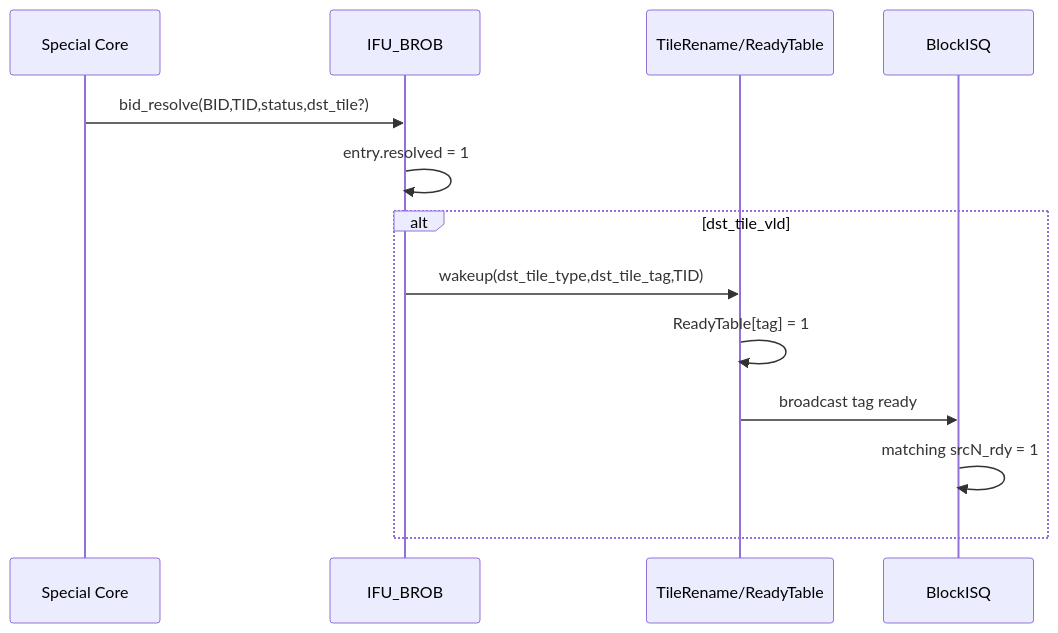
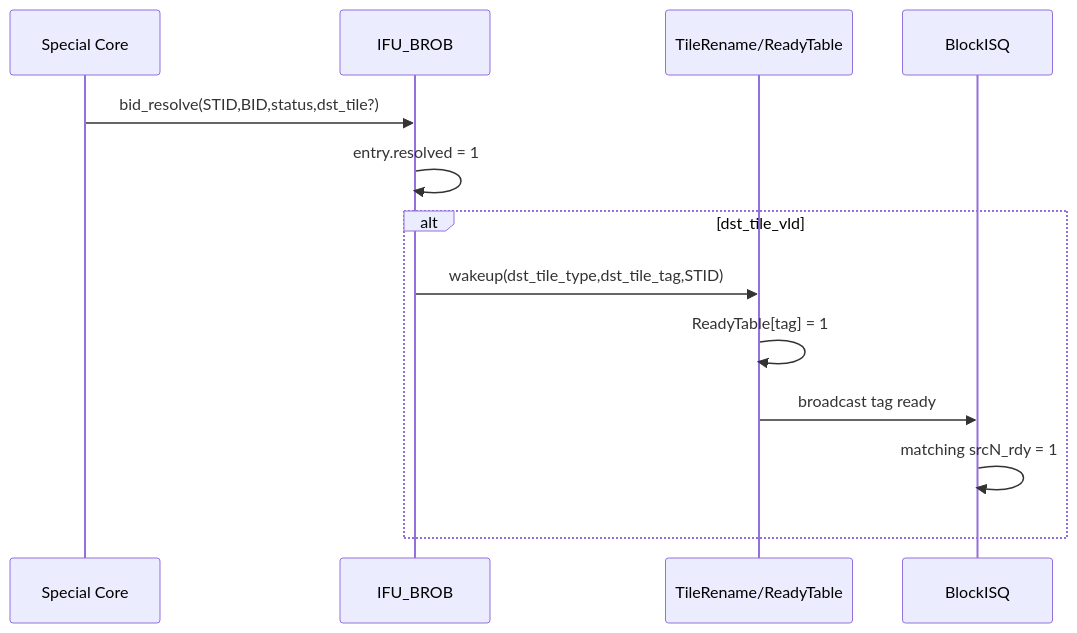
Before and after one commit to LinxISA/LinxCore: the third of 6 diagrams in docs/architecture/Janus/BCC/02_BROB.md, drawn with Mermaid. The commit also changed other lines of this file and 34 other files, not shown here.

````diff
--- a/docs/architecture/Janus/BCC/02_BROB.md
+++ b/docs/architecture/Janus/BCC/02_BROB.md
@@ -114,16 +120,16 @@
 ```mermaid
 sequenceDiagram
   participant CORE as Special Core
   participant BROB as IFU_BROB
   participant TR as TileRename/ReadyTable
   participant BISQ as BlockISQ
 
-  CORE->>BROB: bid_resolve(BID,TID,status,dst_tile?)
+  CORE->>BROB: bid_resolve(STID,BID,status,dst_tile?)
   BROB->>BROB: entry.resolved = 1
   alt dst_tile_vld
-    BROB->>TR: wakeup(dst_tile_type,dst_tile_tag,TID)
+    BROB->>TR: wakeup(dst_tile_type,dst_tile_tag,STID)
     TR->>TR: ReadyTable[tag] = 1
     TR->>BISQ: broadcast tag ready
     BISQ->>BISQ: matching srcN_rdy = 1
   end
 ```
````
